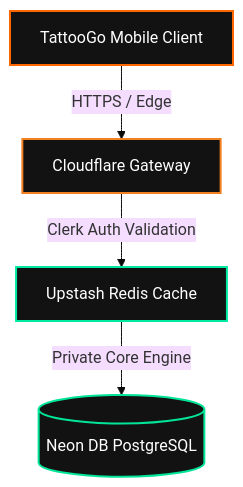
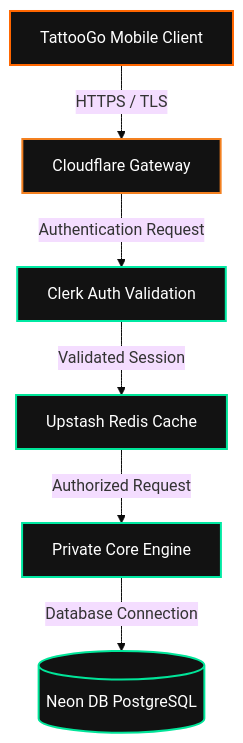
Before and after one commit to Gafisx/TattooGo-MK-Mobile: the diagram in README.md, drawn with Mermaid (base theme). The commit also changed other lines of this file, not shown here.

Commit message:
Atualizar o README.md

````diff
--- a/README.md
+++ b/README.md
@@ -67,11 +68,22 @@
 ```mermaid
-graph TD
-    A[TattooGo Mobile Client] -->|HTTPS / Edge| B[Cloudflare Gateway]
-    B -->|Clerk Auth Validation| C[Upstash Redis Cache]
-    C -->|Private Core Engine| D[(Neon DB PostgreSQL)]
+flowchart TD
+    A["TattooGo Mobile Client"]
+    B["Cloudflare Gateway"]
+    C["Clerk Auth Validation"]
+    D["Upstash Redis Cache"]
+    E["Private Core Engine"]
+    F[("Neon DB PostgreSQL")]
 
-    style A fill:#121212,stroke:#FF6600,stroke-width:2px,color:#fff
-    style B fill:#121212,stroke:#F38020,stroke-width:2px,color:#fff
-    style C fill:#121212,stroke:#00E9A3,stroke-width:2px,color:#fff
-    style D fill:#121212,stroke:#00E599,stroke-width:2px,color:#fff
+    A -->|"HTTPS / TLS"| B
+    B -->|"Authentication Request"| C
+    C -->|"Validated Session"| D
+    D -->|"Authorized Request"| E
+    E -->|"Database Connection"| F
+
+    style A fill:#121212,stroke:#FF6600,stroke-width:2px,color:#ffffff
+    style B fill:#121212,stroke:#F38020,stroke-width:2px,color:#ffffff
+    style C fill:#121212,stroke:#00E9A3,stroke-width:2px,color:#ffffff
+    style D fill:#121212,stroke:#00E599,stroke-width:2px,color:#ffffff
+    style E fill:#121212,stroke:#00E9A3,stroke-width:2px,color:#ffffff
+    style F fill:#121212,stroke:#00E599,stroke-width:2px,color:#ffffff
 ```
````
